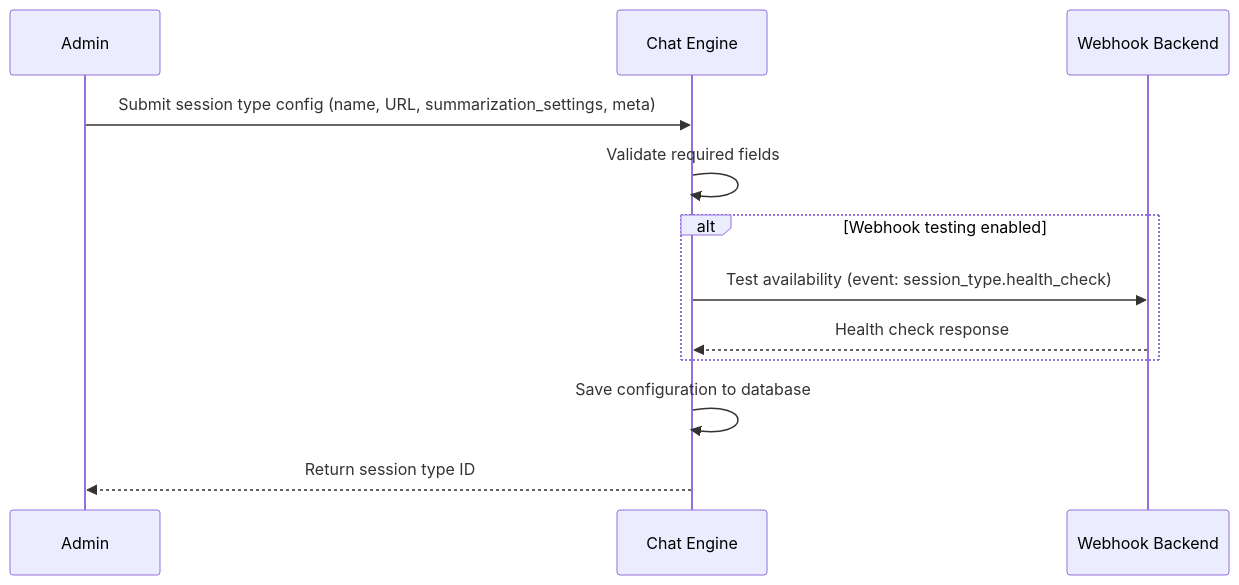
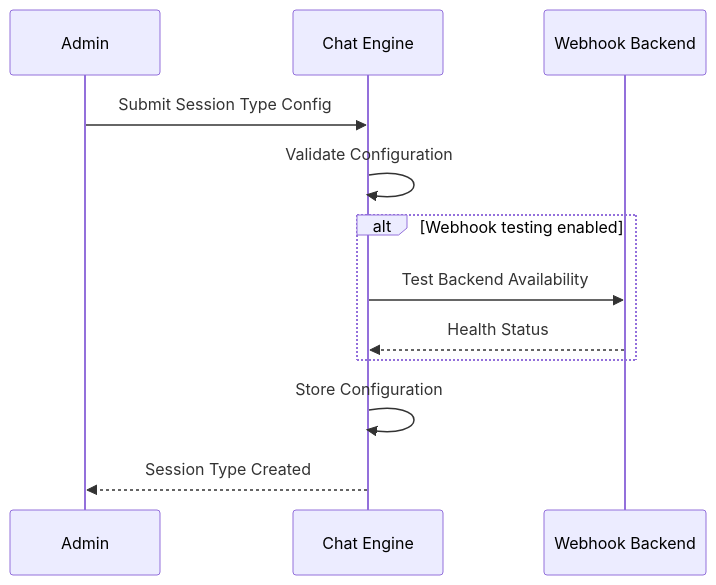
One commit to hypernetix/hyperspot changed the second of 16 diagrams in modules/chat_engine/DESIGN.md. Above: the diagram before and after it, drawn with Mermaid. The commit also changed other lines of this file and 25 other files, not shown here.

````diff
--- a/modules/chat_engine/DESIGN.md
+++ b/modules/chat_engine/DESIGN.md
@@ -479,18 +446,18 @@
 ```mermaid
 sequenceDiagram
     participant Admin
     participant Chat Engine
     participant Webhook Backend
 
-    Admin->>Chat Engine: Submit session type config (name, URL, summarization_settings, meta)
-    Chat Engine->>Chat Engine: Validate required fields
+    Admin->>Chat Engine: Submit Session Type Config
+    Chat Engine->>Chat Engine: Validate Configuration
 
     alt Webhook testing enabled
-        Chat Engine->>Webhook Backend: Test availability (event: session_type.health_check)
-        Webhook Backend-->>Chat Engine: Health check response
+        Chat Engine->>Webhook Backend: Test Backend Availability
+        Webhook Backend-->>Chat Engine: Health Status
     end
 
-    Chat Engine->>Chat Engine: Save configuration to database
+    Chat Engine->>Chat Engine: Store Configuration
 
-    Chat Engine-->>Admin: Return session type ID
+    Chat Engine-->>Admin: Session Type Created
 ```
````
